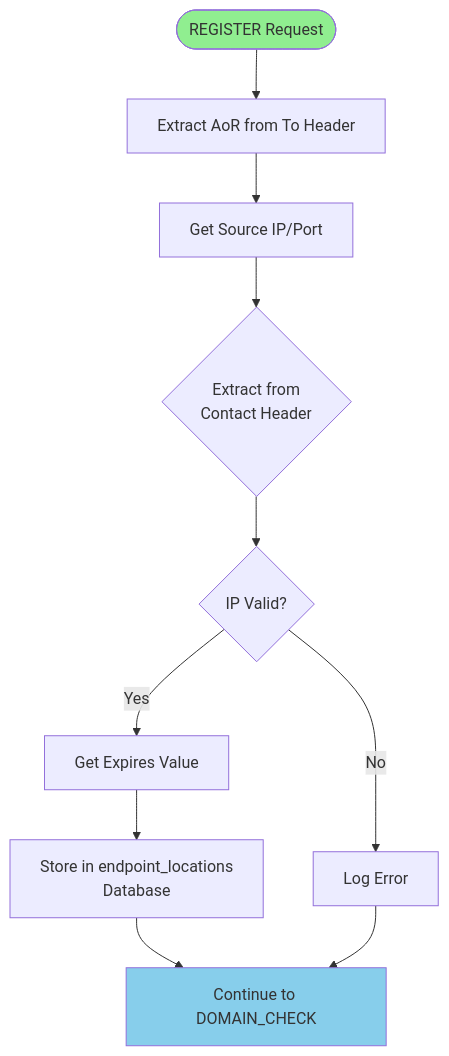
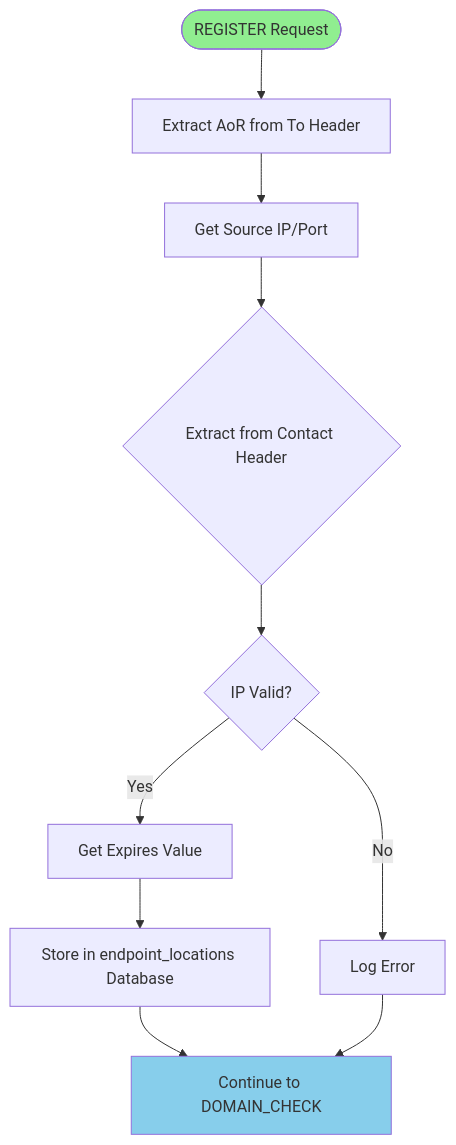
One commit to aelintra/pbx3sbc changed diagram 11 of 13 in docs/OPENSIPS-LOGIC-DIAGRAM.md. Above: the diagram before and after it, drawn with Mermaid. The commit also changed other lines of this file, not shown here.

First line of the commit message:
Fix Mermaid diagram syntax: Remove unsupported HTML tags

````diff
--- a/docs/OPENSIPS-LOGIC-DIAGRAM.md
+++ b/docs/OPENSIPS-LOGIC-DIAGRAM.md
@@ -298,15 +298,15 @@
 ```mermaid
 flowchart TD
     Start([REGISTER Request]) --> ExtractAoR[Extract AoR from To Header]
     ExtractAoR --> GetSourceIP[Get Source IP/Port]
-    GetSourceIP --> ExtractContact{Extract from<br/>Contact Header}
+    GetSourceIP --> ExtractContact{Extract from Contact Header}
     ExtractContact --> ValidateIP{IP Valid?}
     ValidateIP -->|No| LogError[Log Error]
     ValidateIP -->|Yes| GetExpires[Get Expires Value]
-    GetExpires --> StoreDB[Store in endpoint_locations<br/>Database]
+    GetExpires --> StoreDB[Store in endpoint_locations Database]
     StoreDB --> RouteDomainCheck[Continue to DOMAIN_CHECK]
     LogError --> RouteDomainCheck
     
     style Start fill:#90EE90
     style RouteDomainCheck fill:#87CEEB
 ```
````
